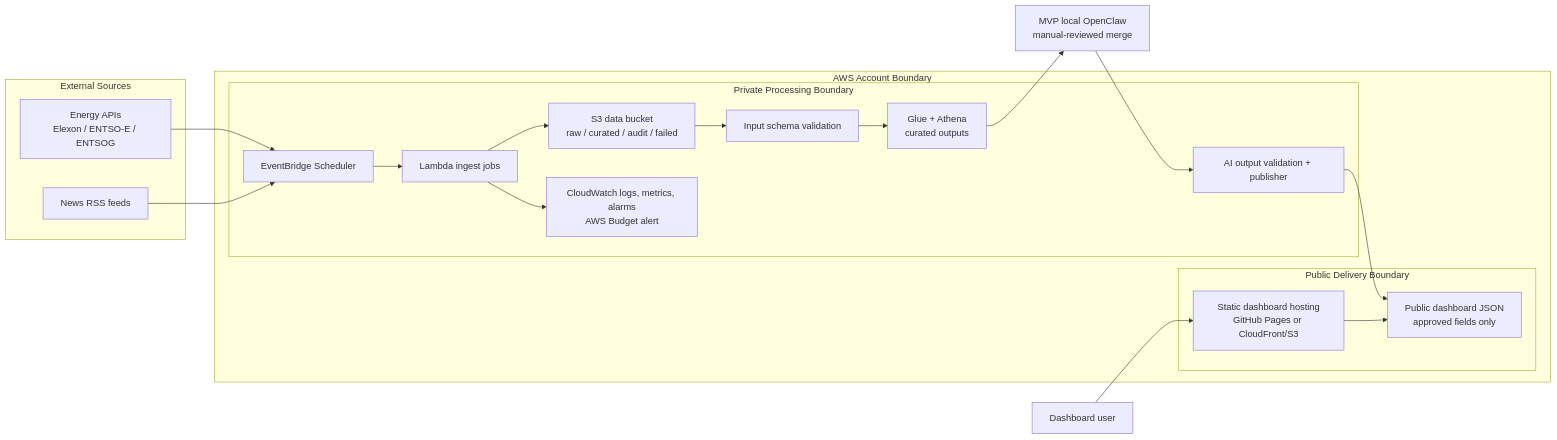
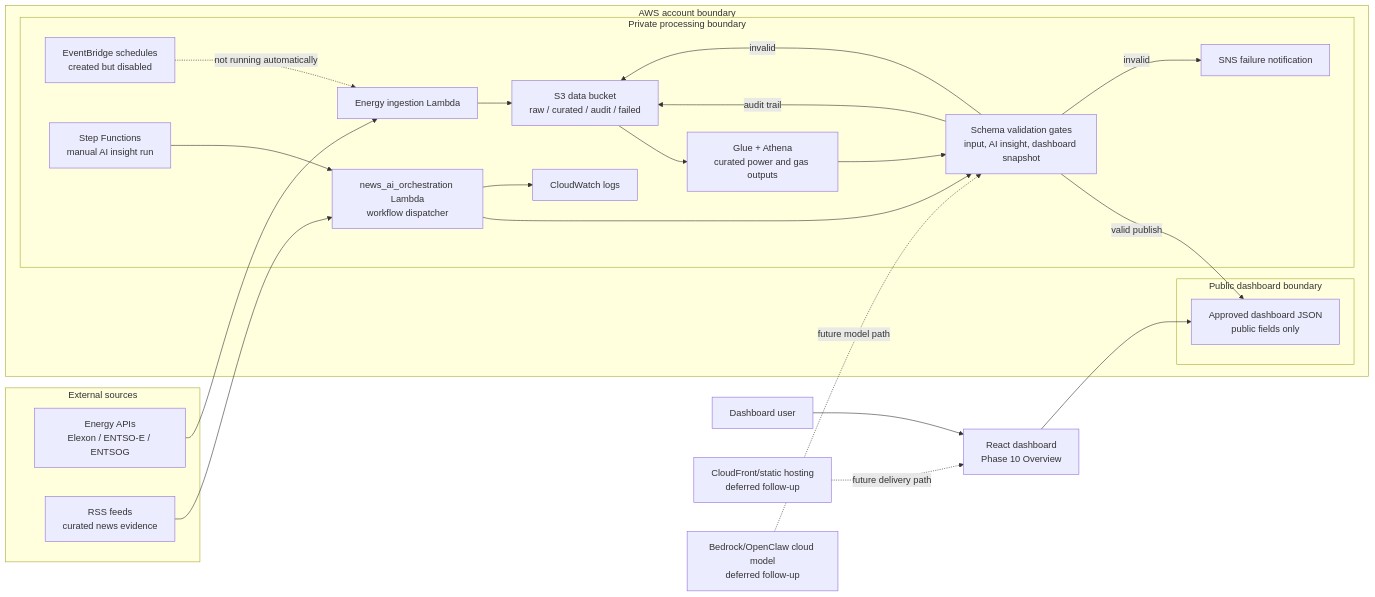
Before and after one commit to SholasSandbox/energy-market-data-lake: the diagram in diagrams/news-dashboard-high-level.mmd, drawn with Mermaid. The commit also changed 12 other files, not shown here.

Commit message:
docs: refresh architecture diagrams for phase 10

```diff
--- a/diagrams/news-dashboard-high-level.mmd
+++ b/diagrams/news-dashboard-high-level.mmd
@@ -1,38 +1,49 @@
 flowchart LR
-    subgraph External["External Sources"]
+    subgraph External["External sources"]
         EnergyAPI["Energy APIs\nElexon / ENTSO-E / ENTSOG"]
-        NewsRSS["News RSS feeds"]
+        NewsRSS["RSS feeds\ncurated news evidence"]
     end
 
-    subgraph AWS["AWS Account Boundary"]
-        subgraph Private["Private Processing Boundary"]
-            Schedule["EventBridge Scheduler"]
-            Ingest["Lambda ingest jobs"]
+    subgraph AWS["AWS account boundary"]
+        subgraph Private["Private processing boundary"]
+            DisabledSchedules["EventBridge schedules\ncreated but disabled"]
+            EnergyIngest["Energy ingestion Lambda"]
+            StateMachine["Step Functions\nmanual AI insight run"]
+            OrchestrationLambda["news_ai_orchestration Lambda\nworkflow dispatcher"]
             DataLake["S3 data bucket\nraw / curated / audit / failed"]
-            Transform["Glue + Athena\ncurated outputs"]
-            InputGate["Input schema validation"]
-            PublishGate["AI output validation + publisher"]
-            Observability["CloudWatch logs, metrics, alarms\nAWS Budget alert"]
+            Transform["Glue + Athena\ncurated power and gas outputs"]
+            ContractGates["Schema validation gates\ninput, AI insight, dashboard snapshot"]
+            SNS["SNS failure notification"]
+            Logs["CloudWatch logs"]
         end
 
-        subgraph Public["Public Delivery Boundary"]
-            StaticHost["Static dashboard hosting\nGitHub Pages or CloudFront/S3"]
-            DashboardJSON["Public dashboard JSON\napproved fields only"]
+        subgraph Public["Public dashboard boundary"]
+            DashboardJSON["Approved dashboard JSON\npublic fields only"]
         end
     end
 
-    LocalAI["MVP local OpenClaw\nmanual-reviewed merge"]
+    ReactDashboard["React dashboard\nPhase 10 Overview"]
     Viewer["Dashboard user"]
+    DeferredHosting["CloudFront/static hosting\ndeferred follow-up"]
+    DeferredModel["Bedrock/OpenClaw cloud model\ndeferred follow-up"]
 
-    EnergyAPI --> Schedule
-    NewsRSS --> Schedule
-    Schedule --> Ingest
-    Ingest --> DataLake
-    DataLake --> InputGate
-    InputGate --> Transform
-    Transform --> LocalAI
-    LocalAI --> PublishGate
-    PublishGate --> DashboardJSON
-    Ingest --> Observability
-    StaticHost --> DashboardJSON
-    Viewer --> StaticHost
+    EnergyAPI --> EnergyIngest
+    DisabledSchedules -. "not running automatically" .-> EnergyIngest
+    EnergyIngest --> DataLake
+    DataLake --> Transform
+    Transform --> ContractGates
+
+    NewsRSS --> OrchestrationLambda
+    StateMachine --> OrchestrationLambda
+    OrchestrationLambda --> ContractGates
+    DeferredModel -. "future model path" .-> ContractGates
+
+    ContractGates -->|valid publish| DashboardJSON
+    ContractGates -->|audit trail| DataLake
+    ContractGates -->|invalid| DataLake
+    ContractGates -->|invalid| SNS
+    OrchestrationLambda --> Logs
+
+    Viewer --> ReactDashboard
+    ReactDashboard --> DashboardJSON
+    DeferredHosting -. "future delivery path" .-> ReactDashboard
```
